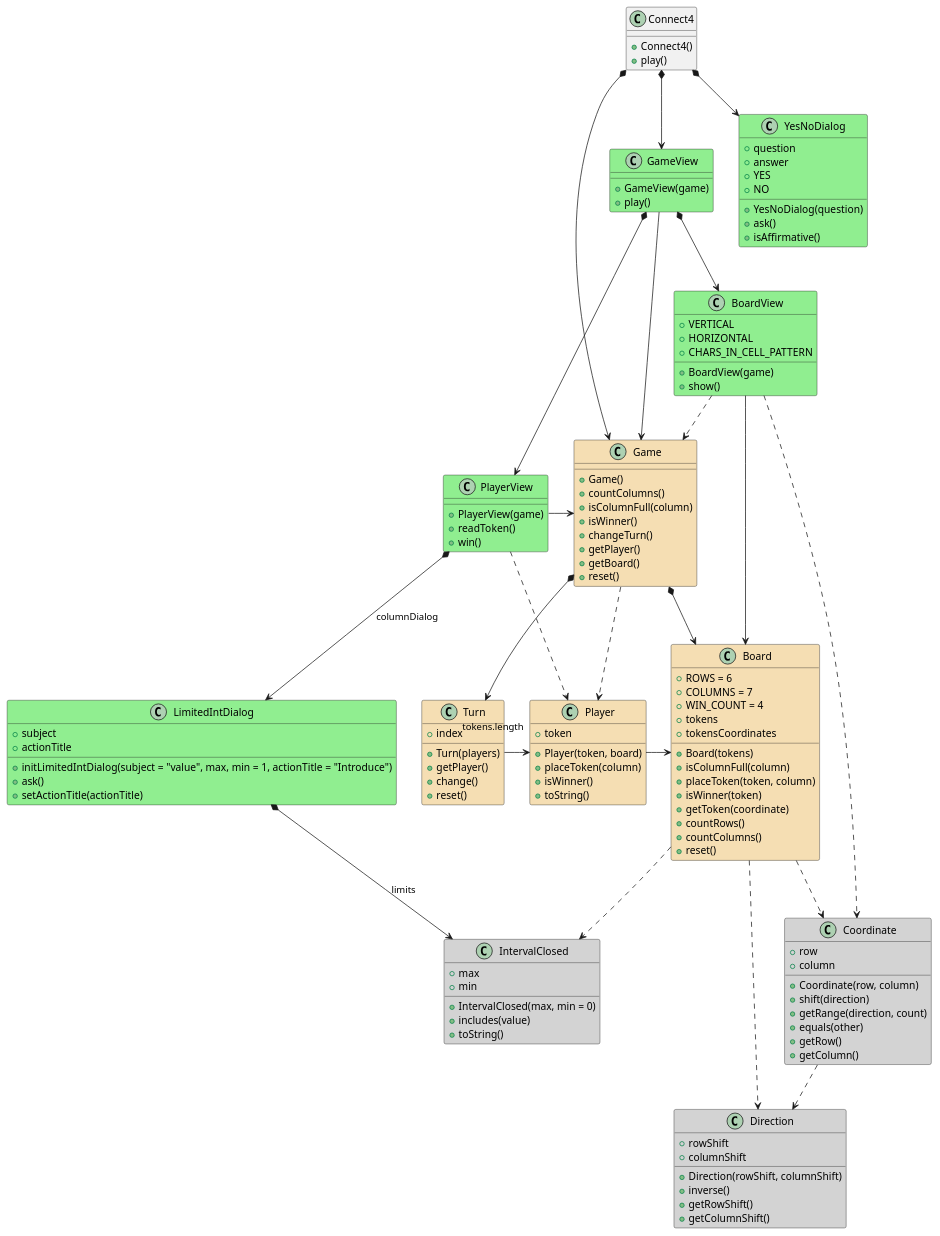
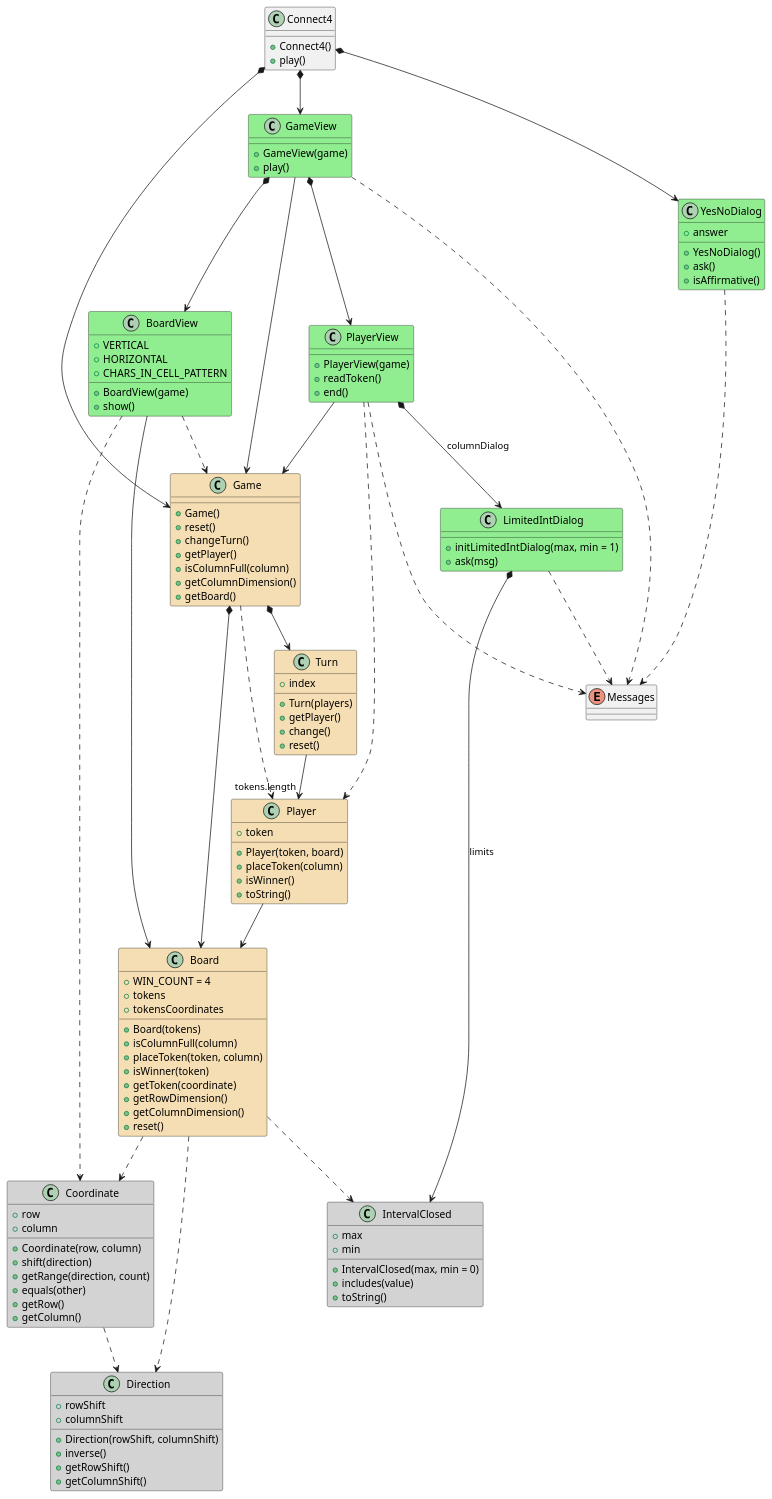
Before and after one commit to PabloMartinFluvia/myGame-connect4: the diagram in docs/dev-resume/src/analysis.plantuml, drawn with PlantUML. The commit also changed 3 other files, not shown here.

Commit message:
ask 2: working before Map/Set change

```diff
--- a/docs/dev-resume/src/analysis.plantuml
+++ b/docs/dev-resume/src/analysis.plantuml
@@ -1,190 +1,149 @@
 @startuml analysis
 
 class Connect4 {
 
     + Connect4()
     + play()
 }
 Connect4 *-down-> Game
 Connect4 *-down-> GameView
 Connect4 *-down-> YesNoDialog
 
-class YesNoDialog #LightGreen {      
-    + question
-    + answer  
-    + YES
-    + NO     
+class YesNoDialog #LightGreen {          
+    + answer    
 
-    + YesNoDialog(question)
+    + YesNoDialog()
     + ask()
     + isAffirmative()
 }
+YesNoDialog ..> Messages
 
 class GameView #LightGreen {
     + GameView(game)
     + play()
 }
 GameView -right-> Game
 GameView *-down-> PlayerView
 GameView *-down-> BoardView
+GameView ..> Messages
+
+class PlayerView #LightGreen {
+    + PlayerView(game)
+    + readToken()
+    + end()
+}
+PlayerView -right-> Game
+PlayerView ..> Player
+PlayerView *-down-> LimitedIntDialog : columnDialog
+PlayerView ..> Messages
+
+class BoardView #LightGreen {
+    + VERTICAL
+    + HORIZONTAL
+    + CHARS_IN_CELL_PATTERN
+
+    + BoardView(game)
+    + show()
+}
+BoardView --> Board
+BoardView ..> Game
+BoardView ..> Coordinate
 
 class Game #Wheat{  
 
     + Game()
-    + countColumns()
-    + isColumnFull(column)
-    + isWinner() 
+    + reset()   
     + changeTurn()
-    + getPlayer()
-    + getBoard()
-    + reset()
+    + getPlayer()    
+    + isColumnFull(column)   
+    + getColumnDimension()     
+    + getBoard()            
 }
 Game *-down-> Turn
 Game *-down-> Board
 Game ..> Player
 
 class Turn #Wheat{
     + index
 
     + Turn(players)  
     + getPlayer()  
     + change()   
     + reset() 
 }
-Turn -right-> "tokens.length" Player
-
-
-class PlayerView #LightGreen {
-    + PlayerView(game)
-    + readToken()
-    + win()
-}
-PlayerView -right-> Game
-PlayerView ..> Player
-PlayerView *-down-> LimitedIntDialog : columnDialog
-
-class LimitedIntDialog #LightGreen {
-    + subject
-    + actionTitle
-    
-    + initLimitedIntDialog(subject = "value", max, min = 1, actionTitle = "Introduce") 
-    + ask()
-    + setActionTitle(actionTitle)
-}
-LimitedIntDialog *-down-> IntervalClosed : limits
-
-class IntervalClosed #LightGray{
-    + max
-    + min
-
-    + IntervalClosed(max, min = 0)
-    + includes(value)
-    + toString()
-}
+Turn --> "tokens.length" Player
 
 class Player #Wheat{
     + token
 
     + Player(token, board)
     + placeToken(column)
     + isWinner()
     + toString()
 }
-Player -right-> Board
+Player --> Board
 
-class Board #Wheat{
-    + ROWS = 6
-    + COLUMNS = 7
+class Board #Wheat{    
     + WIN_COUNT = 4
     + tokens
     + tokensCoordinates
     
     + Board(tokens)
     + isColumnFull(column)
     + placeToken(token, column)
     + isWinner(token)  
     + getToken(coordinate) 
-    + countRows()
-    + countColumns()
+    + getRowDimension()
+    + getColumnDimension()
     + reset()    
 }
 Board ..> IntervalClosed
 Board ..> Coordinate
 Board ..> Direction
 
 class Direction #LightGray{
     + rowShift
     + columnShift
 
     + Direction(rowShift, columnShift)
     + inverse()
     + getRowShift()
     + getColumnShift()
 }
 
 class Coordinate #LightGray{
     + row
     + column 
 
     + Coordinate(row, column)
     + shift(direction)
     + getRange(direction, count)
     + equals(other)   
     + getRow()
     + getColumn()
 }
 Coordinate ..> Direction
 
-class BoardView #LightGreen {
-    + VERTICAL
-    + HORIZONTAL
-    + CHARS_IN_CELL_PATTERN
-
-    + BoardView(game)
-    + show()
-}
-BoardView -right-> Board
-BoardView ..> Game
-BoardView ..> Coordinate
-
-/'
 
 
 
 
+enum Messages
 
+class LimitedIntDialog #LightGreen {    
+    + initLimitedIntDialog(max, min = 1) 
+    + ask(msg)
+}
+LimitedIntDialog *-down-> IntervalClosed : limits
+LimitedIntDialog ..> Messages
 
+class IntervalClosed #LightGray{
+    + max
+    + min
 
-
-
-
-
-
-
-
-
-
-
-
-
-
-enum Color #Wheat{
-    + X
-    + O   
-    + NONE 
-
-    - initColor(value)
-    + {static} get(ordinal) 
-    + {static} values()  
-    + ordinal()
-    + isNone()
+    + IntervalClosed(max, min = 0)
+    + includes(value)
     + toString()
 }
-Color ..> ClosedInterval
-
-
-
-
-'/
 
 @enduml
```
